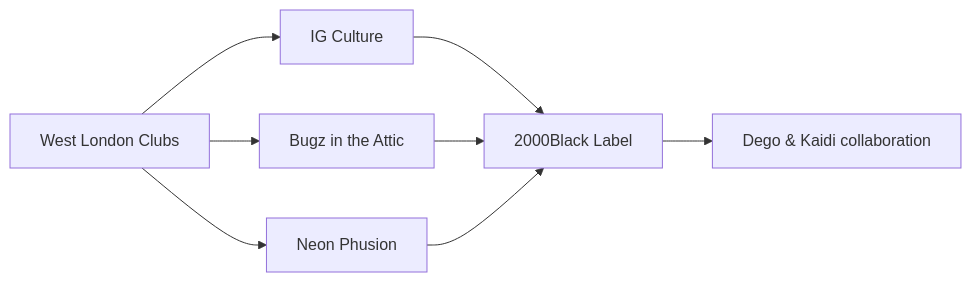
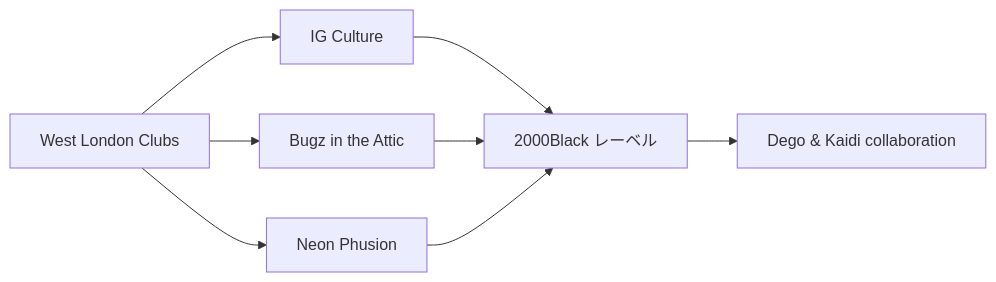
One commit to monumental-movement/monumental-movement.github.io changed the second of 4 diagrams in en/_posts/2025-11-28-column-dego-kaidi-so-we-gwarn.md. Above: the diagram before and after it, drawn with Mermaid. The commit also changed other lines of this file and 2196 other files, not shown here.

```diff
--- a/en/_posts/2025-11-28-column-dego-kaidi-so-we-gwarn.md
+++ b/en/_posts/2025-11-28-column-dego-kaidi-so-we-gwarn.md
@@ -81,8 +81,8 @@
 <div class="mermaid">
 flowchart LR
     A["West London Clubs"] --> B["IG Culture"]
     A --> C["Bugz in the Attic"]
     A --> D["Neon Phusion"]
-    B & C & D --> E["2000Black Label"]
+    B & C & D --> E["2000Black レーベル"]
     E --> F["Dego & Kaidi collaboration"]
 </div>
```
